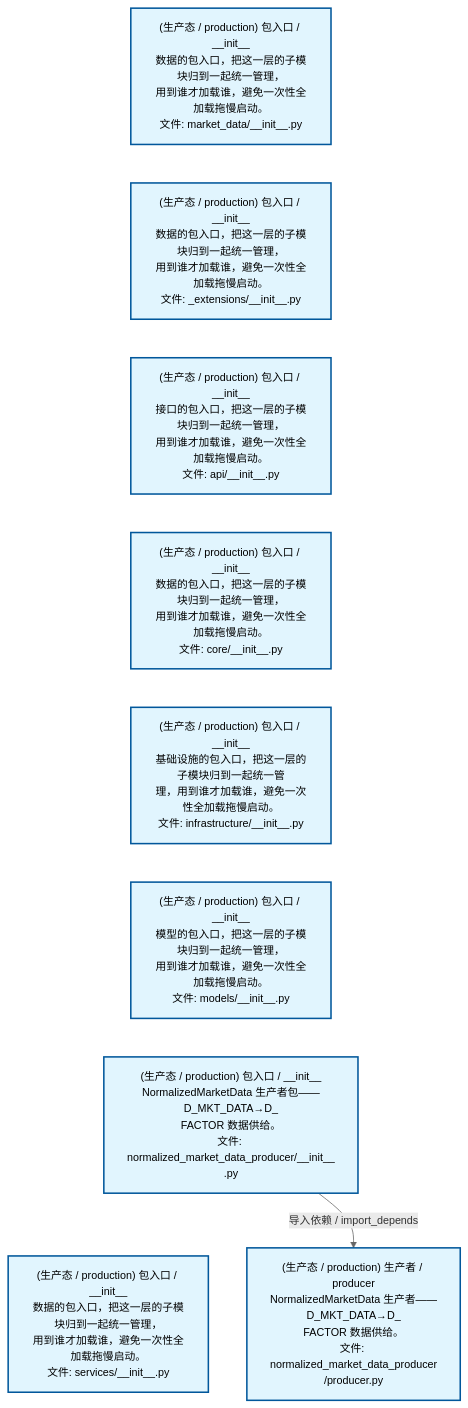
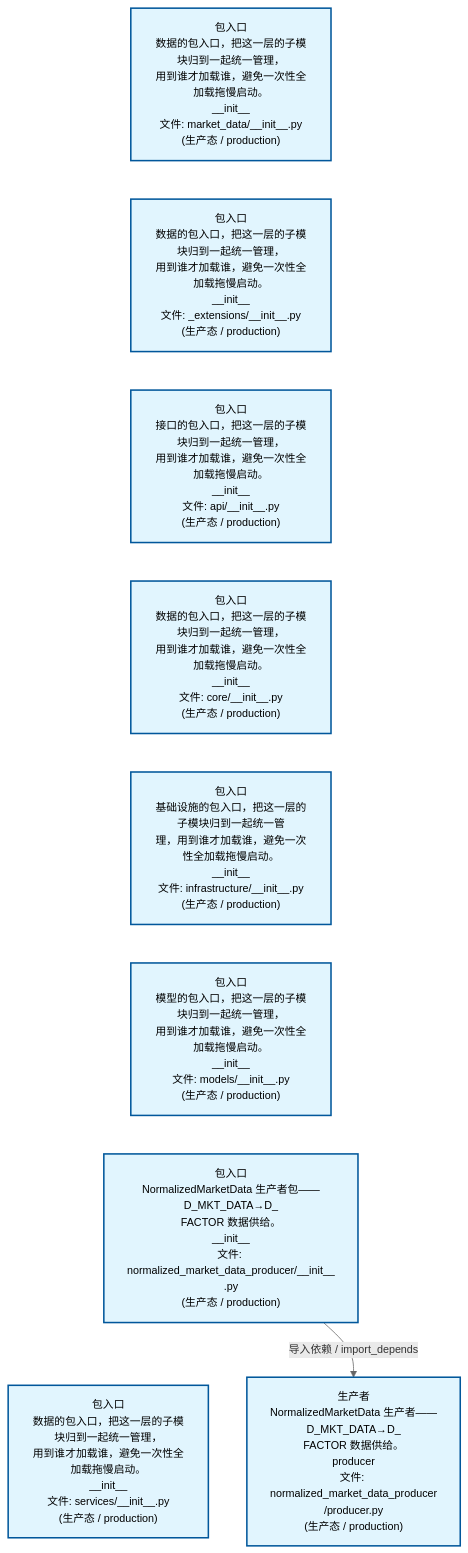
One commit to xuanFelixVan/ZephyrAlpha changed the second of 4 diagrams in docs/02_enterprise_architecture/02_domain_architecture_docs/23_d_mkt_data.md. Above: the diagram before and after it, drawn with Mermaid. The commit also changed other lines of this file and 62 other files, not shown here.

````diff
--- a/docs/02_enterprise_architecture/02_domain_architecture_docs/23_d_mkt_data.md
+++ b/docs/02_enterprise_architecture/02_domain_architecture_docs/23_d_mkt_data.md
@@ -112,26 +112,26 @@
 ```mermaid
 %%{init: {'theme': 'base', 'themeVariables': {'primaryColor': '#eaeaea', 'primaryTextColor': '#333333', 'primaryBorderColor': '#666666', 'lineColor': '#666666', 'secondaryColor': '#eaeaea', 'tertiaryColor': '#eaeaea', 'fontSize': '14px'}}}%%
 flowchart TD
-    src_zephyr_market_data_init_py["(生产态 / production) 包入口 / __init__<br/>数据的包入口，把这一层的子模块归到一起统一管理，<br/>用到谁才加载谁，避免一次性全加载拖慢启动。<br/>文件: market_data/__init__.py"]
-    src_zephyr_market_data_extensions_init_py["(生产态 / production) 包入口 / __init__<br/>数据的包入口，把这一层的子模块归到一起统一管理，<br/>用到谁才加载谁，避免一次性全加载拖慢启动。<br/>文件: _extensions/__init__.py"]
-    src_zephyr_market_data_api_init_py["(生产态 / production) 包入口 / __init__<br/>接口的包入口，把这一层的子模块归到一起统一管理，<br/>用到谁才加载谁，避免一次性全加载拖慢启动。<br/>文件: api/__init__.py"]
-    src_zephyr_market_data_core_init_py["(生产态 / production) 包入口 / __init__<br/>数据的包入口，把这一层的子模块归到一起统一管理，<br/>用到谁才加载谁，避免一次性全加载拖慢启动。<br/>文件: core/__init__.py"]
-    src_zephyr_market_data_infrastructure_init_py["(生产态 / production) 包入口 / __init__<br/>基础设施的包入口，把这一层的子模块归到一起统一管<br/>理，用到谁才加载谁，避免一次性全加载拖慢启动。<br/>文件: infrastructure/__init__.py"]
-    src_zephyr_market_data_models_init_py["(生产态 / production) 包入口 / __init__<br/>模型的包入口，把这一层的子模块归到一起统一管理，<br/>用到谁才加载谁，避免一次性全加载拖慢启动。<br/>文件: models/__init__.py"]
-    src_zephyr_market_data_normalized_market_data_producer_init_py["(生产态 / production) 包入口 / __init__<br/>NormalizedMarketData 生产者包——D_MKT_DATA→D_<br/>FACTOR 数据供给。<br/>文件: normalized_market_data_producer/__init__<br/>.py"]
-    src_zephyr_market_data_services_init_py["(生产态 / production) 包入口 / __init__<br/>数据的包入口，把这一层的子模块归到一起统一管理，<br/>用到谁才加载谁，避免一次性全加载拖慢启动。<br/>文件: services/__init__.py"]
+    src_zephyr_market_data_init_py["包入口<br/>数据的包入口，把这一层的子模块归到一起统一管理，<br/>用到谁才加载谁，避免一次性全加载拖慢启动。<br/>__init__<br/>文件: market_data/__init__.py<br/>(生产态 / production)"]
+    src_zephyr_market_data_extensions_init_py["包入口<br/>数据的包入口，把这一层的子模块归到一起统一管理，<br/>用到谁才加载谁，避免一次性全加载拖慢启动。<br/>__init__<br/>文件: _extensions/__init__.py<br/>(生产态 / production)"]
+    src_zephyr_market_data_api_init_py["包入口<br/>接口的包入口，把这一层的子模块归到一起统一管理，<br/>用到谁才加载谁，避免一次性全加载拖慢启动。<br/>__init__<br/>文件: api/__init__.py<br/>(生产态 / production)"]
+    src_zephyr_market_data_core_init_py["包入口<br/>数据的包入口，把这一层的子模块归到一起统一管理，<br/>用到谁才加载谁，避免一次性全加载拖慢启动。<br/>__init__<br/>文件: core/__init__.py<br/>(生产态 / production)"]
+    src_zephyr_market_data_infrastructure_init_py["包入口<br/>基础设施的包入口，把这一层的子模块归到一起统一管<br/>理，用到谁才加载谁，避免一次性全加载拖慢启动。<br/>__init__<br/>文件: infrastructure/__init__.py<br/>(生产态 / production)"]
+    src_zephyr_market_data_models_init_py["包入口<br/>模型的包入口，把这一层的子模块归到一起统一管理，<br/>用到谁才加载谁，避免一次性全加载拖慢启动。<br/>__init__<br/>文件: models/__init__.py<br/>(生产态 / production)"]
+    src_zephyr_market_data_normalized_market_data_producer_init_py["包入口<br/>NormalizedMarketData 生产者包——D_MKT_DATA→D_<br/>FACTOR 数据供给。<br/>__init__<br/>文件: normalized_market_data_producer/__init__<br/>.py<br/>(生产态 / production)"]
+    src_zephyr_market_data_services_init_py["包入口<br/>数据的包入口，把这一层的子模块归到一起统一管理，<br/>用到谁才加载谁，避免一次性全加载拖慢启动。<br/>__init__<br/>文件: services/__init__.py<br/>(生产态 / production)"]
     src_zephyr_market_data_init_py ~~~ src_zephyr_market_data_extensions_init_py
     src_zephyr_market_data_extensions_init_py ~~~ src_zephyr_market_data_api_init_py
     src_zephyr_market_data_api_init_py ~~~ src_zephyr_market_data_core_init_py
     src_zephyr_market_data_core_init_py ~~~ src_zephyr_market_data_infrastructure_init_py
     src_zephyr_market_data_infrastructure_init_py ~~~ src_zephyr_market_data_models_init_py
     src_zephyr_market_data_models_init_py ~~~ src_zephyr_market_data_normalized_market_data_producer_init_py
     src_zephyr_market_data_normalized_market_data_producer_init_py ~~~ src_zephyr_market_data_services_init_py
-    src_zephyr_market_data_normalized_market_data_producer_producer_py["(生产态 / production) 生产者 / producer<br/>NormalizedMarketData 生产者——D_MKT_DATA→D_<br/>FACTOR 数据供给。<br/>文件: normalized_market_data_producer<br/>/producer.py"]
+    src_zephyr_market_data_normalized_market_data_producer_producer_py["生产者<br/>NormalizedMarketData 生产者——D_MKT_DATA→D_<br/>FACTOR 数据供给。<br/>producer<br/>文件: normalized_market_data_producer<br/>/producer.py<br/>(生产态 / production)"]
     src_zephyr_market_data_normalized_market_data_producer_init_py -->|导入依赖 / import_depends| src_zephyr_market_data_normalized_market_data_producer_producer_py
     classDef production fill:#e1f5fe,stroke:#01579b,stroke-width:2px,color:#000
     classDef design fill:#fff3e0,stroke:#e65100,stroke-width:2px,color:#000,stroke-dasharray: 5 5
     classDef external_prod fill:#e8f4fd,stroke:#0277bd,stroke-width:1px,color:#000
     classDef external_design fill:#fff8e7,stroke:#ef6c00,stroke-width:1px,color:#000,stroke-dasharray: 5 5
     class src_zephyr_market_data_init_py,src_zephyr_market_data_extensions_init_py,src_zephyr_market_data_api_init_py,src_zephyr_market_data_core_init_py,src_zephyr_market_data_infrastructure_init_py,src_zephyr_market_data_models_init_py,src_zephyr_market_data_normalized_market_data_producer_init_py,src_zephyr_market_data_normalized_market_data_producer_producer_py,src_zephyr_market_data_services_init_py production
 ```
````
